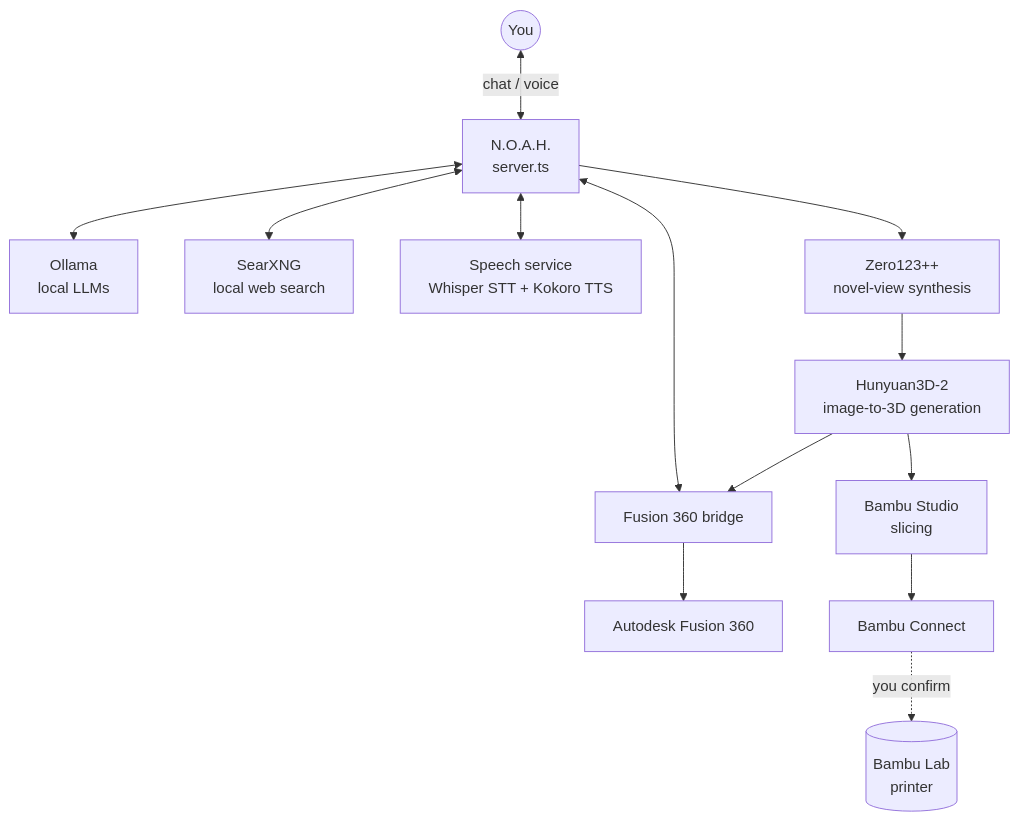
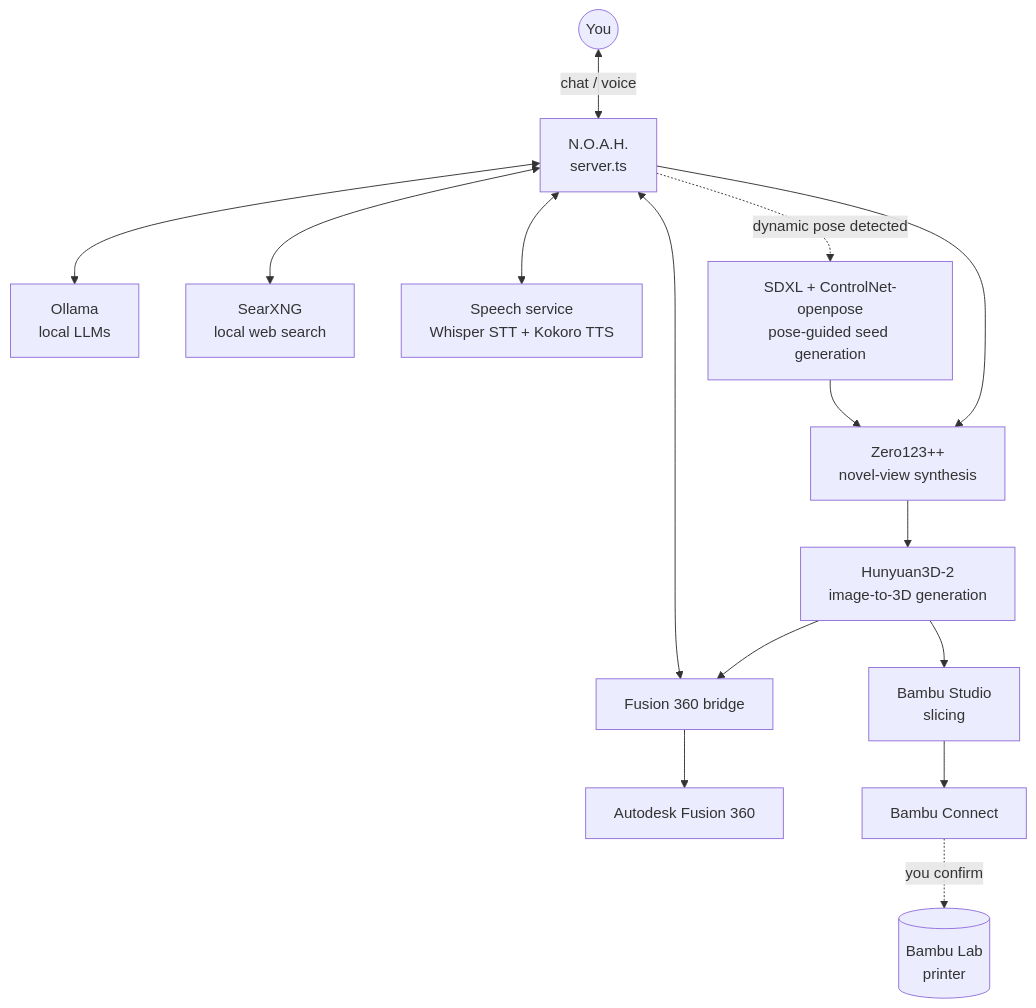
Before and after one commit to Noel-b02/N.O.A.H: the diagram in README.md, drawn with Mermaid. The commit also changed other lines of this file and 6 other files, not shown here.

First line of the commit message:
feat(image23d): add pose-guided seed generation for dynamic-pose subjects

````diff
--- a/README.md
+++ b/README.md
@@ -57,17 +61,19 @@
 ```mermaid
 graph TD
     You(("You")) <-->|chat / voice| Noah["N.O.A.H.<br/>server.ts"]
 
     Noah <--> Ollama["Ollama<br/>local LLMs"]
     Noah <--> SearXNG["SearXNG<br/>local web search"]
     Noah <--> Speech["Speech service<br/>Whisper STT + Kokoro TTS"]
     Noah <--> Bridge["Fusion 360 bridge"]
+    Noah -.dynamic pose detected.-> PoseSeed["SDXL + ControlNet-openpose<br/>pose-guided seed generation"]
+    PoseSeed --> NovelView
     Noah --> NovelView["Zero123++<br/>novel-view synthesis"]
     NovelView --> Hunyuan["Hunyuan3D-2<br/>image-to-3D generation"]
 
     Hunyuan --> Bridge
     Hunyuan --> Slicer["Bambu Studio<br/>slicing"]
     Slicer --> Connect["Bambu Connect"]
     Connect -.you confirm.-> Printer[("Bambu Lab<br/>printer")]
     Bridge --> Fusion["Autodesk Fusion 360"]
 ```
````
